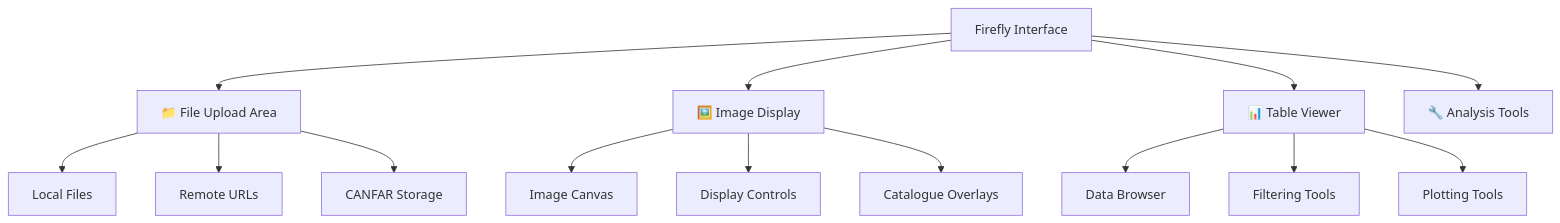
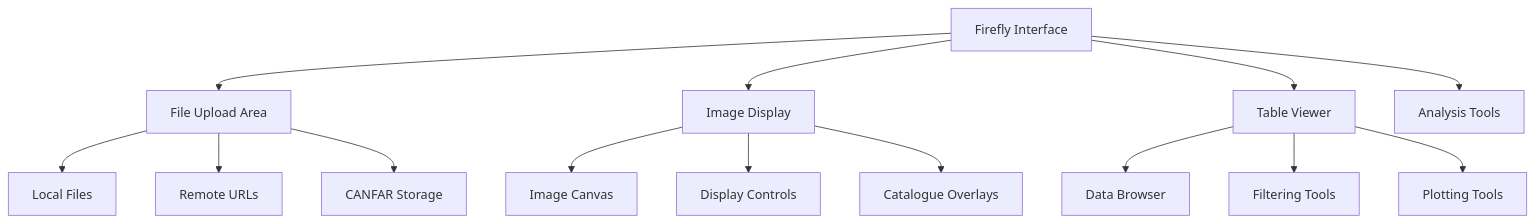
Before and after one commit to opencadc/canfar: the diagram in docs/platform/sessions/firefly.md, drawn with Mermaid. The commit also changed other lines of this file and 19 other files, not shown here.

````diff
--- a/docs/platform/sessions/firefly.md
+++ b/docs/platform/sessions/firefly.md
@@ -108,20 +98,20 @@
 ```mermaid
 graph TD
     Interface[Firefly Interface]
-    Interface --> Upload["📁 File Upload Area"]
-    Interface --> Images["🖼️ Image Display"]
-    Interface --> Tables["📊 Table Viewer"]
-    Interface --> Tools["🔧 Analysis Tools"]
+    Interface --> Upload[File Upload Area]
+    Interface --> Images[Image Display]
+    Interface --> Tables[Table Viewer]
+    Interface --> Tools[Analysis Tools]
     
     Upload --> Local[Local Files]
     Upload --> URLs[Remote URLs]
     Upload --> Storage[CANFAR Storage]
     
     Images --> Display[Image Canvas]
     Images --> Controls[Display Controls]
     Images --> Overlays[Catalogue Overlays]
     
     Tables --> Browse[Data Browser]
     Tables --> Filter[Filtering Tools]
     Tables --> Plot[Plotting Tools]
 ```
````
